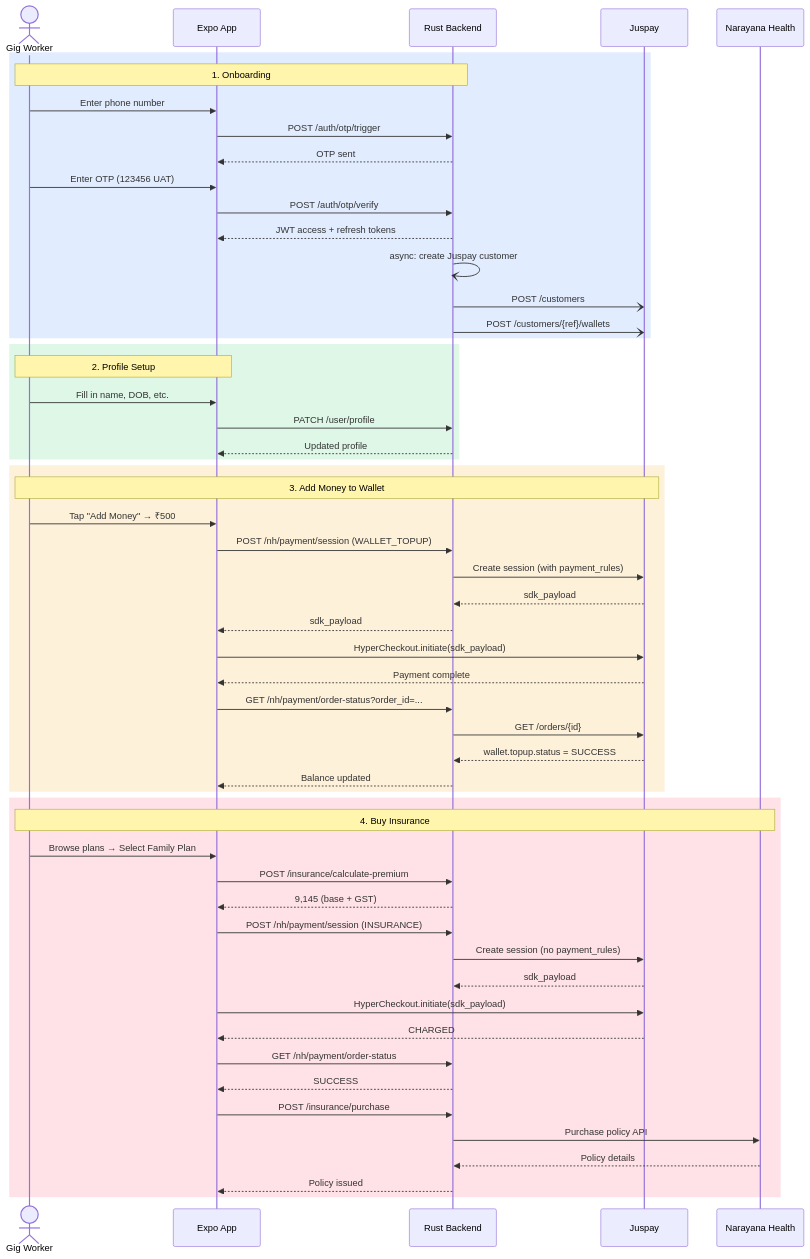
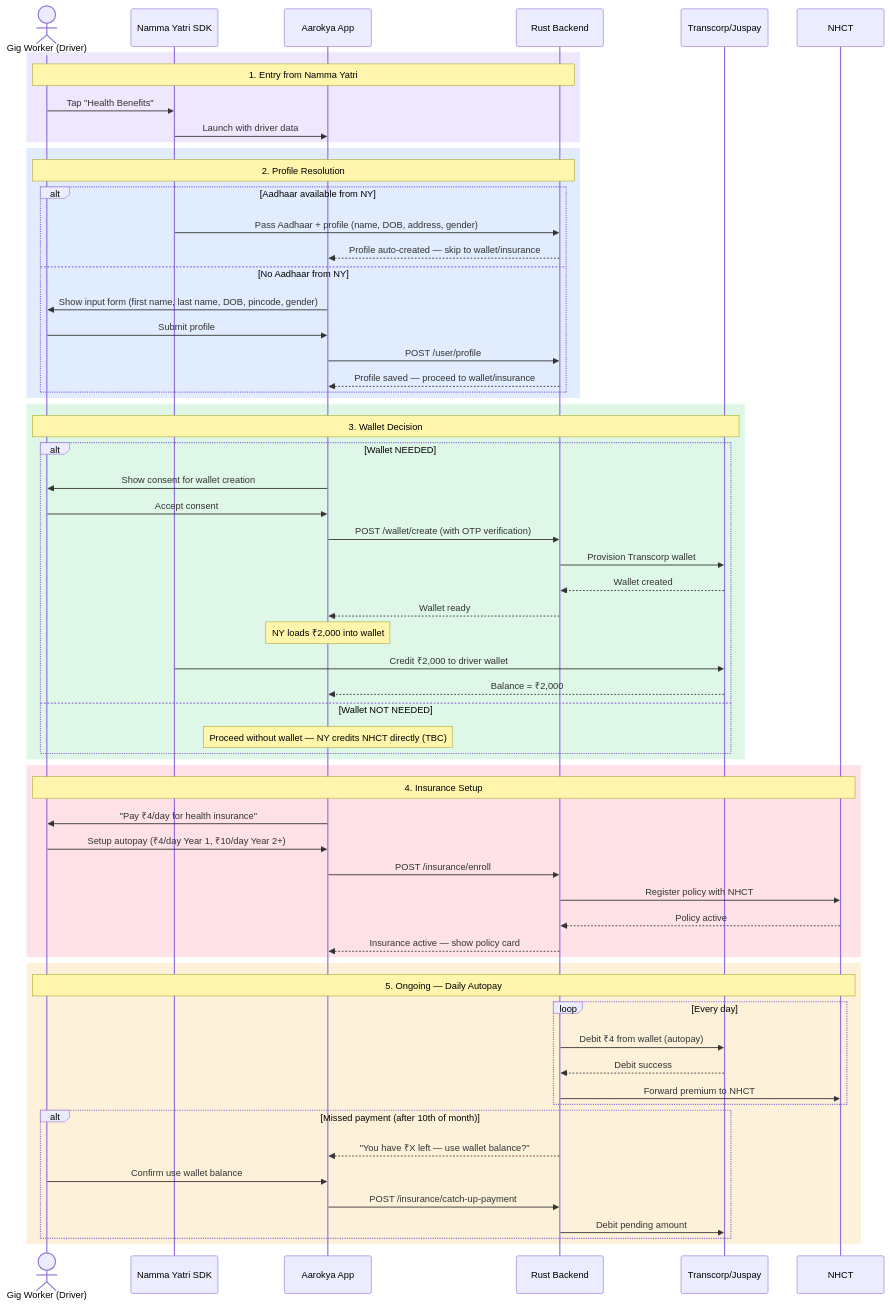
Before and after one commit to anu19981/aarokya-backend: the second of 6 diagrams in api-reference/architecture/system-overview.mdx, drawn with Mermaid. The commit also changed other lines of this file, not shown here.

````diff
--- a/api-reference/architecture/system-overview.mdx
+++ b/api-reference/architecture/system-overview.mdx
@@ -100,61 +93,70 @@
 ```mermaid
 sequenceDiagram
-    actor U as Gig Worker
-    participant App as Expo App
+    actor U as Gig Worker (Driver)
+    participant NY as Namma Yatri SDK
+    participant App as Aarokya App
     participant API as Rust Backend
-    participant JP as Juspay
-    participant NH as Narayana Health
+    participant TC as Transcorp/Juspay
+    participant NHCT as NHCT
+
+    rect rgba(139, 92, 246, 0.15)
+        Note over U,API: 1. Entry from Namma Yatri
+        U->>NY: Tap "Health Benefits"
+        NY->>App: Launch with driver data
+    end
 
     rect rgba(59, 130, 246, 0.15)
-        Note over U,API: 1. Onboarding
-        U->>App: Enter phone number
-        App->>API: POST /auth/otp/trigger
-        API-->>App: OTP sent
-        U->>App: Enter OTP (123456 UAT)
-        App->>API: POST /auth/otp/verify
-        API-->>App: JWT access + refresh tokens
-        API-)API: async: create Juspay customer
-        API-)JP: POST /customers
-        API-)JP: POST /customers/{ref}/wallets
+        Note over U,API: 2. Profile Resolution
+        alt Aadhaar available from NY
+            NY->>API: Pass Aadhaar + profile (name, DOB, address, gender)
+            API-->>App: Profile auto-created — skip to wallet/insurance
+        else No Aadhaar from NY
+            App->>U: Show input form (first name, last name, DOB, pincode, gender)
+            U->>App: Submit profile
+            App->>API: POST /user/profile
+            API-->>App: Profile saved — proceed to wallet/insurance
+        end
     end
 
     rect rgba(34, 197, 94, 0.15)
-        Note over U,App: 2. Profile Setup
-        U->>App: Fill in name, DOB, etc.
-        App->>API: PATCH /user/profile
-        API-->>App: Updated profile
+        Note over U,TC: 3. Wallet Decision
+        alt Wallet NEEDED
+            App->>U: Show consent for wallet creation
+            U->>App: Accept consent
+            App->>API: POST /wallet/create (with OTP verification)
+            API->>TC: Provision Transcorp wallet
+            TC-->>API: Wallet created
+            API-->>App: Wallet ready
+            Note over App: NY loads ₹2,000 into wallet
+            NY->>TC: Credit ₹2,000 to driver wallet
+            TC-->>App: Balance = ₹2,000
+        else Wallet NOT NEEDED
+            Note over App: Proceed without wallet — NY credits NHCT directly (TBC)
+        end
+    end
+
+    rect rgba(244, 63, 94, 0.15)
+        Note over U,NHCT: 4. Insurance Setup
+        App->>U: "Pay ₹4/day for health insurance"
+        U->>App: Setup autopay (₹4/day Year 1, ₹10/day Year 2+)
+        App->>API: POST /insurance/enroll
+        API->>NHCT: Register policy with NHCT
+        NHCT-->>API: Policy active
+        API-->>App: Insurance active — show policy card
     end
 
     rect rgba(245, 158, 11, 0.15)
-        Note over U,JP: 3. Add Money to Wallet
-        U->>App: Tap "Add Money" → ₹500
-        App->>API: POST /nh/payment/session (WALLET_TOPUP)
-        API->>JP: Create session (with payment_rules)
-        JP-->>API: sdk_payload
-        API-->>App: sdk_payload
-        App->>JP: HyperCheckout.initiate(sdk_payload)
-        JP-->>App: Payment complete
-        App->>API: GET /nh/payment/order-status?order_id=...
-        API->>JP: GET /orders/{id}
-        JP-->>API: wallet.topup.status = SUCCESS
-        API-->>App: Balance updated
-    end
-
-    rect rgba(244, 63, 94, 0.15)
-        Note over U,NH: 4. Buy Insurance
-        U->>App: Browse plans → Select Family Plan
-        App->>API: POST /insurance/calculate-premium
-        API-->>App: 9,145 (base + GST)
-        App->>API: POST /nh/payment/session (INSURANCE)
-        API->>JP: Create session (no payment_rules)
-        JP-->>API: sdk_payload
-        App->>JP: HyperCheckout.initiate(sdk_payload)
-        JP-->>App: CHARGED
-        App->>API: GET /nh/payment/order-status
-        API-->>App: SUCCESS
-        App->>API: POST /insurance/purchase
-        API->>NH: Purchase policy API
-        NH-->>API: Policy details
-        API-->>App: Policy issued
+        Note over U,NHCT: 5. Ongoing — Daily Autopay
+        loop Every day
+            API->>TC: Debit ₹4 from wallet (autopay)
+            TC-->>API: Debit success
+            API->>NHCT: Forward premium to NHCT
+        end
+        alt Missed payment (after 10th of month)
+            API-->>App: "You have ₹X left — use wallet balance?"
+            U->>App: Confirm use wallet balance
+            App->>API: POST /insurance/catch-up-payment
+            API->>TC: Debit pending amount
+        end
     end
 ```
````
